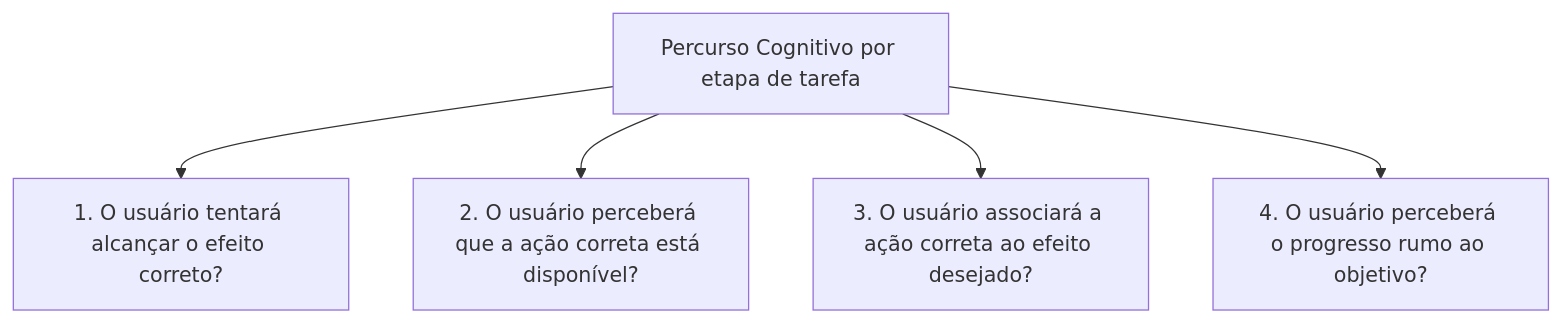
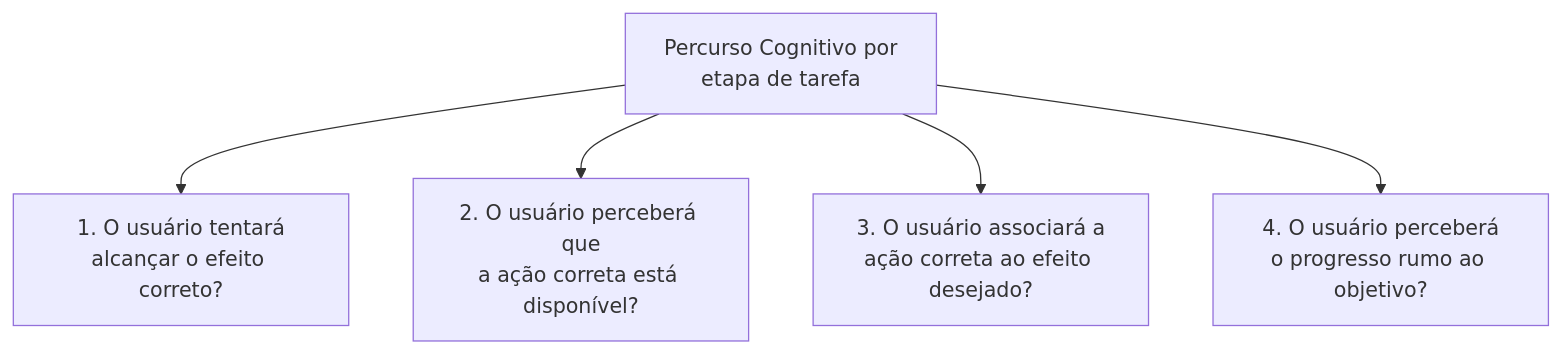
One commit to leorruas/puc changed the fourth of 4 diagrams in 08. Design de Interacao/20. Avaliação por inspeção - avaliação heurística e percurso cognitivo.md. Above: the diagram before and after it, drawn with Mermaid. The commit also changed other lines of this file and 16 other files, not shown here.

Commit message:
style(mermaid): comprehensive audit and optimization of 45 Mermaid blocks across all 22 topic notes

````diff
--- a/08. Design de Interacao/20. Avaliação por inspeção - avaliação heurística e percurso cognitivo.md
+++ b/08. Design de Interacao/20. Avaliação por inspeção - avaliação heurística e percurso cognitivo.md
@@ -117,7 +117,7 @@
 ```mermaid
 graph TD
-    PC["Percurso Cognitivo por etapa de tarefa"] --> Q1["1. O usuário tentará alcançar o efeito correto?"]
-    PC --> Q2["2. O usuário perceberá que a ação correta está disponível?"]
-    PC --> Q3["3. O usuário associará a ação correta ao efeito desejado?"]
-    PC --> Q4["4. O usuário perceberá o progresso rumo ao objetivo?"]
+    PC["Percurso Cognitivo por<br>etapa de tarefa"] --> Q1["1. O usuário tentará<br>alcançar o efeito correto?"]
+    PC --> Q2["2. O usuário perceberá que<br>a ação correta está disponível?"]
+    PC --> Q3["3. O usuário associará a<br>ação correta ao efeito desejado?"]
+    PC --> Q4["4. O usuário perceberá<br>o progresso rumo ao objetivo?"]
 ```
````
